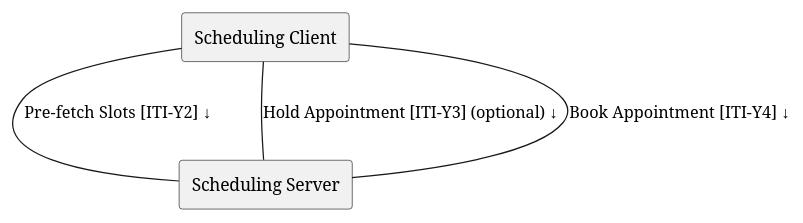
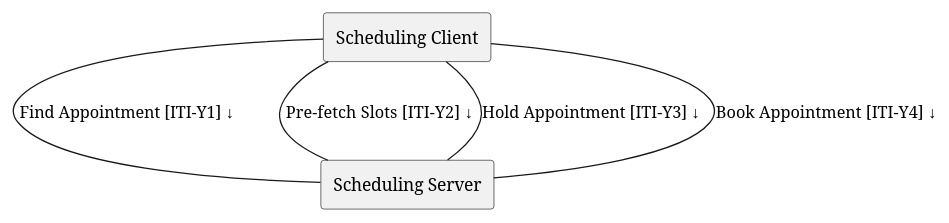
One commit to IHE/ITI.Scheduling changed the diagram in input/images-source/ActorsAndTransactions.plantuml. Above: the diagram before and after it, drawn with PlantUML. The commit also changed other lines of this file and 2 other files, not shown here.

```diff
--- a/input/images-source/ActorsAndTransactions.plantuml
+++ b/input/images-source/ActorsAndTransactions.plantuml
@@ -8,7 +1,8 @@
-@startuml ActorsAndTransactions-2
+@startuml ActorsAndTransactions
 agent "Scheduling Client" as Client
 agent "Scheduling Server" as Server
+Client -- Server : "Find Appointment [ITI-Y1] ↓"
 Client -- Server : "Pre-fetch Slots [ITI-Y2] ↓"
-Client -- Server : "Hold Appointment [ITI-Y3] (optional) ↓"
+Client -- Server : "Hold Appointment [ITI-Y3] ↓"
 Client -- Server : "Book Appointment [ITI-Y4] ↓"
 @enduml
```
